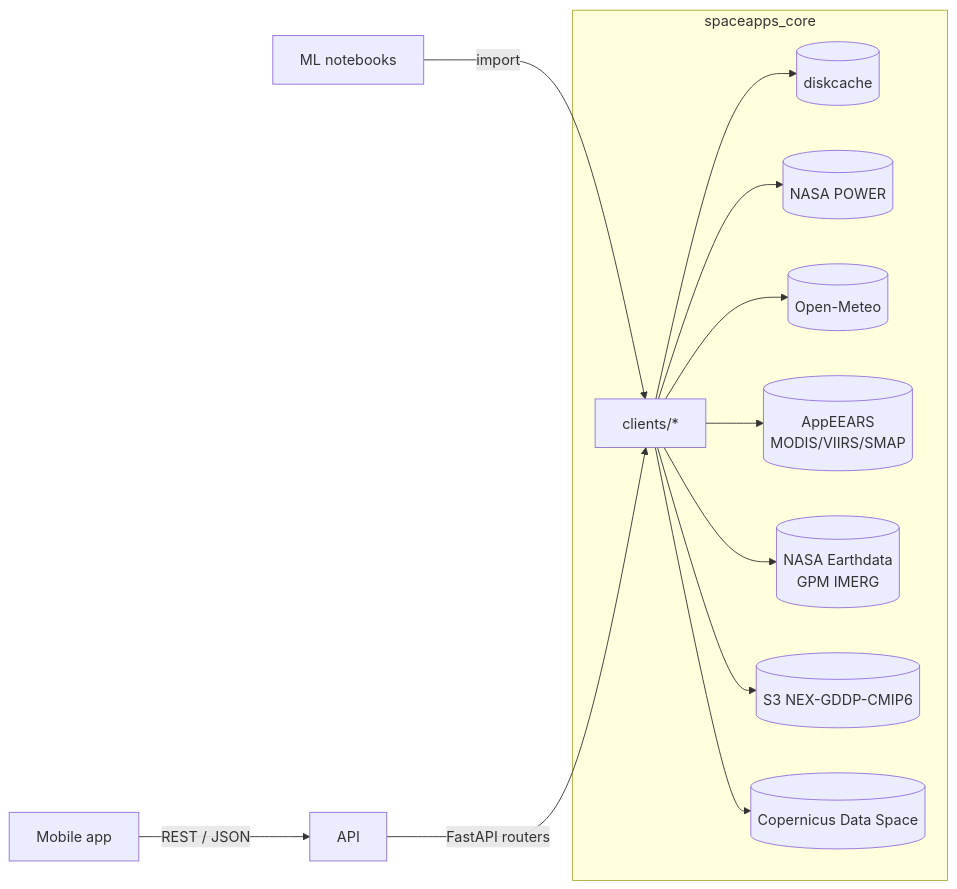
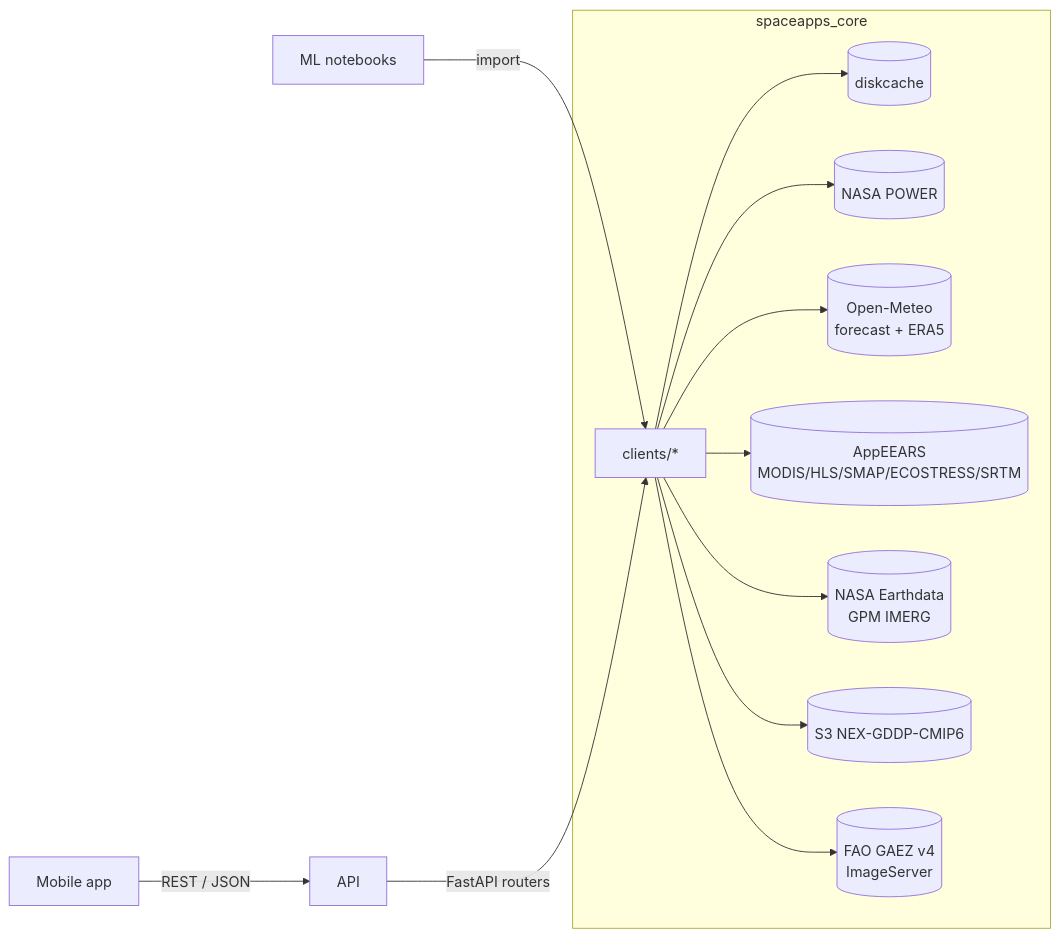
One commit to neilnathanhidalgo/spaceapps-2026-core changed the diagram in README.md. Above: the diagram before and after it, drawn with Mermaid. The commit also changed other lines of this file and 31 other files, not shown here.

Commit message:
feat: add gaez, era5, hls, ecostress and srtm sources and drop copernicus

````diff
--- a/README.md
+++ b/README.md
@@ -21,22 +21,22 @@
 ```mermaid
 flowchart LR
     App[Mobile app] -->|REST / JSON| API
     ML[ML notebooks] -->|import| Clients
     API -->|FastAPI routers| Clients
     subgraph "spaceapps_core"
       Clients[clients/*]
       Clients --> Cache[(diskcache)]
       Clients --> POWER
       Clients --> OM[Open-Meteo]
       Clients --> APPE[AppEEARS]
       Clients --> ED[Earthdata / earthaccess]
       Clients --> NEX[NEX-GDDP-CMIP6 S3]
-      Clients --> COP[Copernicus STAC]
+      Clients --> GAEZ[FAO GAEZ]
     end
     POWER[(NASA POWER)]
-    OM[(Open-Meteo)]
-    APPE[(AppEEARS<br/>MODIS/VIIRS/SMAP)]
+    OM[(Open-Meteo<br/>forecast + ERA5)]
+    APPE[(AppEEARS<br/>MODIS/HLS/SMAP/ECOSTRESS/SRTM)]
     ED[(NASA Earthdata<br/>GPM IMERG)]
     NEX[(S3 NEX-GDDP-CMIP6)]
-    COP[(Copernicus Data Space)]
+    GAEZ[(FAO GAEZ v4<br/>ImageServer)]
 ```
````
